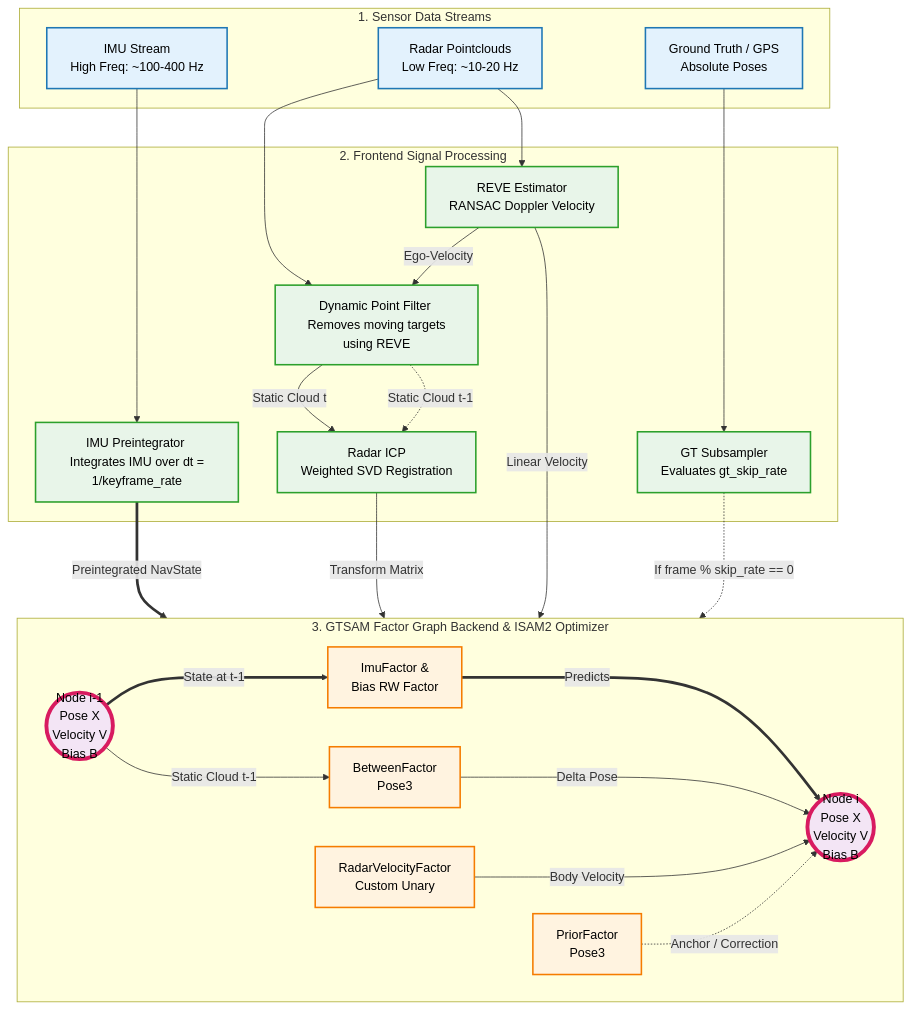
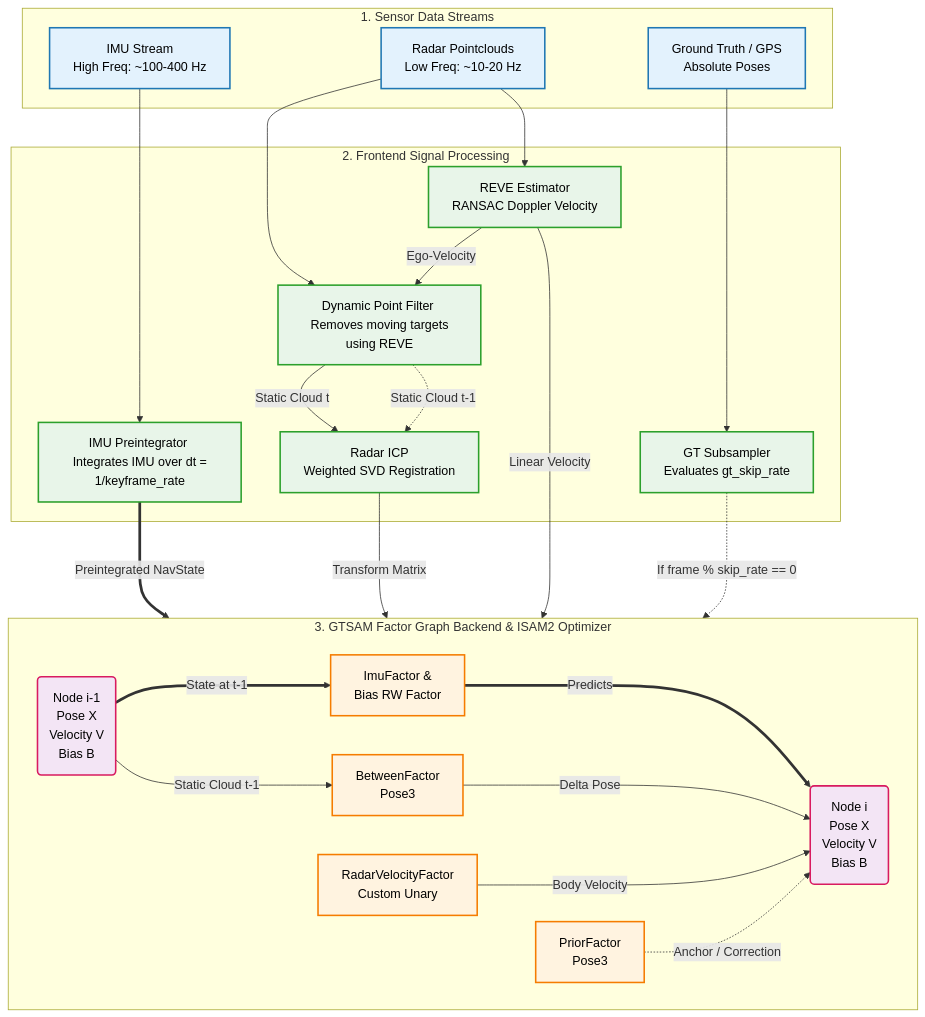
One commit to ajayragh97/master_thesis changed the diagram in FactorGraphRadarInertialOdometry/Readme.md. Above: the diagram before and after it, drawn with Mermaid.

Commit message:
updated flowchart

````diff
--- a/FactorGraphRadarInertialOdometry/Readme.md
+++ b/FactorGraphRadarInertialOdometry/Readme.md
@@ -17,57 +17,57 @@
 ```mermaid
 graph TD
     %% Styling definitions
     classDef sensor fill:#e3f2fd,stroke:#1f77b4,stroke-width:2px,color:#000
     classDef frontend fill:#e8f5e9,stroke:#2ca02c,stroke-width:2px,color:#000
     classDef factor fill:#fff3e0,stroke:#f57c00,stroke-width:2px,shape:rect,color:#000
-    classDef state fill:#f3e5f5,stroke:#d81b60,stroke-width:5px,shape:circle,color:#000
+    classDef state fill:#f3e5f5,stroke:#d81b60,stroke-width:2px,shape:circle,color:#000
 
     subgraph SENSORS [1. Sensor Data Streams]
         IMU[IMU Stream <br> High Freq: ~100-400 Hz]:::sensor
         RADAR[Radar Pointclouds <br> Low Freq: ~10-20 Hz]:::sensor
         GPS[Ground Truth / GPS <br> Absolute Poses]:::sensor
     end
 
     subgraph FRONTEND [2. Frontend Signal Processing]
         PREINT[IMU Preintegrator <br> Integrates IMU over dt = 1/keyframe_rate]:::frontend
         REVE[REVE Estimator <br> RANSAC Doppler Velocity]:::frontend
         FILTER[Dynamic Point Filter <br> Removes moving targets using REVE]:::frontend
         ICP[Radar ICP <br> Weighted SVD Registration]:::frontend
         SKIP[GT Subsampler <br> Evaluates gt_skip_rate]:::frontend
     end
 
     subgraph BACKEND [3. GTSAM Factor Graph Backend & ISAM2 Optimizer]
         direction LR
         
         %% State Nodes
-        NodePrev(( Node i-1 <br>Pose X<br>Velocity V<br>Bias B )):::state
-        NodeCurr(( Node i <br>Pose X<br>Velocity V<br>Bias B )):::state
+        NodePrev( Node i-1 <br>Pose X<br>Velocity V<br>Bias B ):::state
+        NodeCurr( Node i <br>Pose X<br>Velocity V<br>Bias B ):::state
 
         %% Factors
         Fac_IMU[ImuFactor & <br> Bias RW Factor]:::factor
         Fac_ICP[BetweenFactor <br> Pose3]:::factor
         Fac_REVE[RadarVelocityFactor <br> Custom Unary]:::factor
         Fac_GT[PriorFactor <br> Pose3]:::factor
 
         %% Graph Connections
         NodePrev ===>|State at t-1| Fac_IMU ===>|Predicts| NodeCurr
         NodePrev --->|Static Cloud t-1| Fac_ICP --->|Delta Pose| NodeCurr
         
         Fac_REVE --->|Body Velocity| NodeCurr
         Fac_GT -.->|Anchor / Correction| NodeCurr
     end
 
     %% Data Flow Connections
     IMU --> PREINT
     RADAR --> REVE
     RADAR --> FILTER
     REVE -->|Ego-Velocity| FILTER
     FILTER -->|Static Cloud t| ICP
     FILTER -.->|Static Cloud t-1| ICP
     GPS --> SKIP
 
     PREINT ==>|Preintegrated NavState| Fac_IMU
     ICP --->|Transform Matrix| Fac_ICP
     REVE --->|Linear Velocity| Fac_REVE
     SKIP -.->|If frame % skip_rate == 0| Fac_GT
 ```
````
